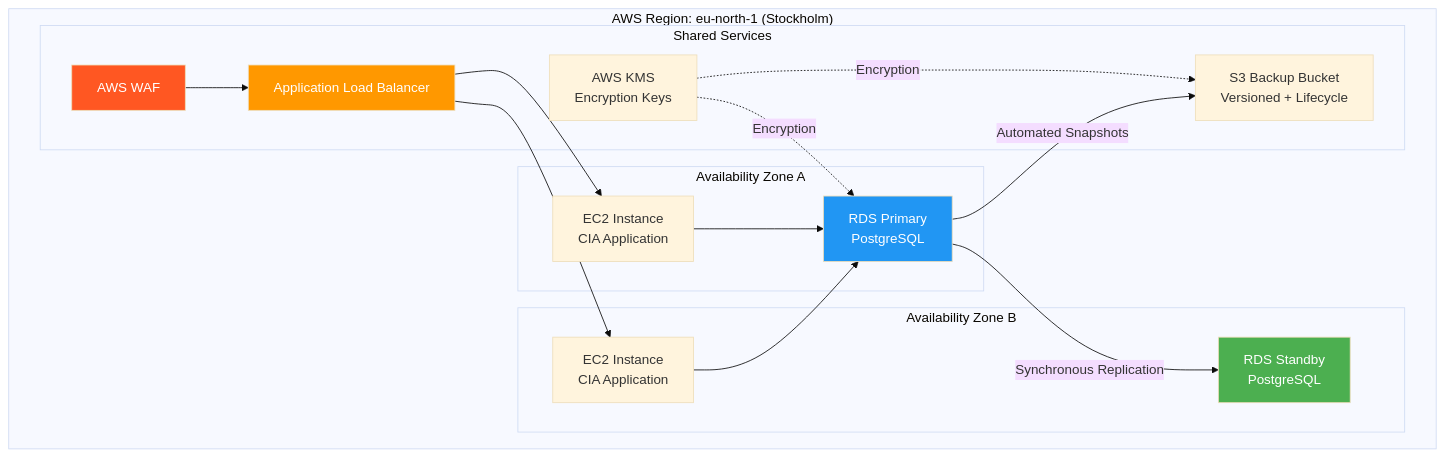
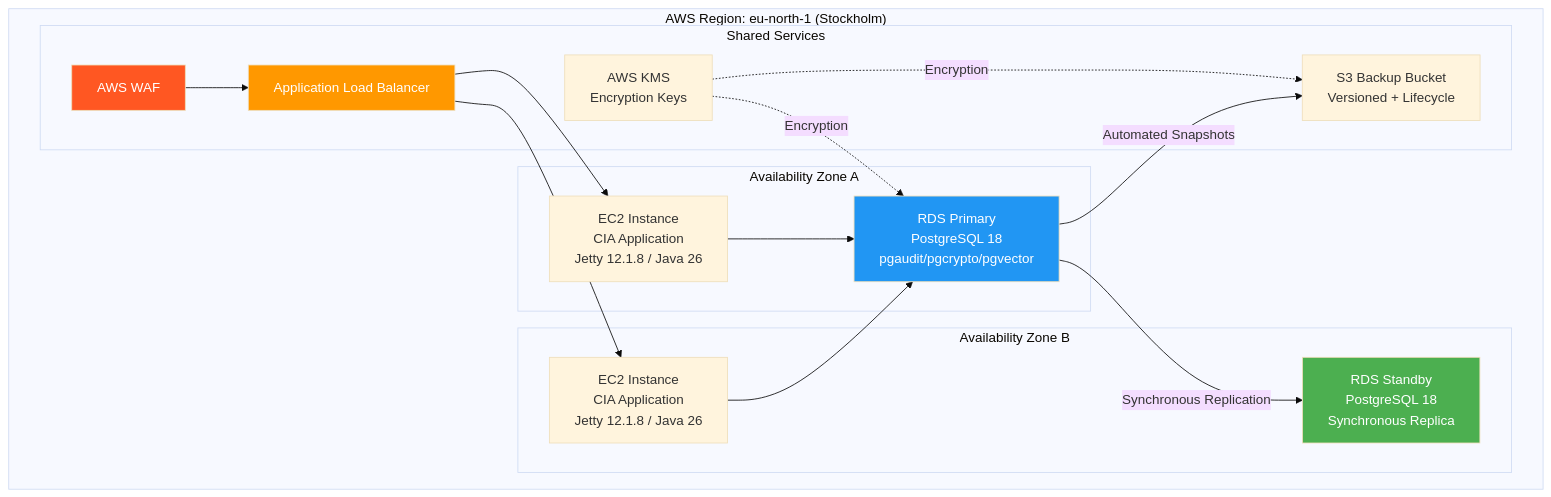
Before and after one commit to Hack23/cia: the second of 2 diagrams in BCPPlan.md, drawn with Mermaid (base theme). The commit also changed other lines of this file and 12 other files, not shown here.

First line of the commit message:
docs: refresh 13 ISMS-required architecture, lifecycle and security documents to current state (#8578)

````diff
--- a/BCPPlan.md
+++ b/BCPPlan.md
@@ -126,36 +126,36 @@
 ```mermaid
 graph TB
     subgraph "AWS Region: eu-north-1 (Stockholm)"
         subgraph "Availability Zone A"
-            EC2_A[EC2 Instance<br/>CIA Application]
-            RDS_P[RDS Primary<br/>PostgreSQL]
+            EC2_A[EC2 Instance<br/>CIA Application<br/>Jetty 12.1.8 / Java 26]
+            RDS_P[RDS Primary<br/>PostgreSQL 18<br/>pgaudit/pgcrypto/pgvector]
         end
         
         subgraph "Availability Zone B"
-            EC2_B[EC2 Instance<br/>CIA Application]
-            RDS_S[RDS Standby<br/>PostgreSQL]
+            EC2_B[EC2 Instance<br/>CIA Application<br/>Jetty 12.1.8 / Java 26]
+            RDS_S[RDS Standby<br/>PostgreSQL 18<br/>Synchronous Replica]
         end
         
         subgraph "Shared Services"
             ALB[Application Load Balancer]
             WAF[AWS WAF]
             S3[S3 Backup Bucket<br/>Versioned + Lifecycle]
             KMS[AWS KMS<br/>Encryption Keys]
         end
     end
     
     WAF --> ALB
     ALB --> EC2_A
     ALB --> EC2_B
     EC2_A --> RDS_P
     EC2_B --> RDS_P
     RDS_P -->|Synchronous Replication| RDS_S
     RDS_P -->|Automated Snapshots| S3
     KMS -.->|Encryption| RDS_P
     KMS -.->|Encryption| S3
 
     style RDS_P fill:#2196F3,color:#fff
     style RDS_S fill:#4CAF50,color:#fff
     style WAF fill:#FF5722,color:#fff
     style ALB fill:#FF9800,color:#fff
 ```
````
